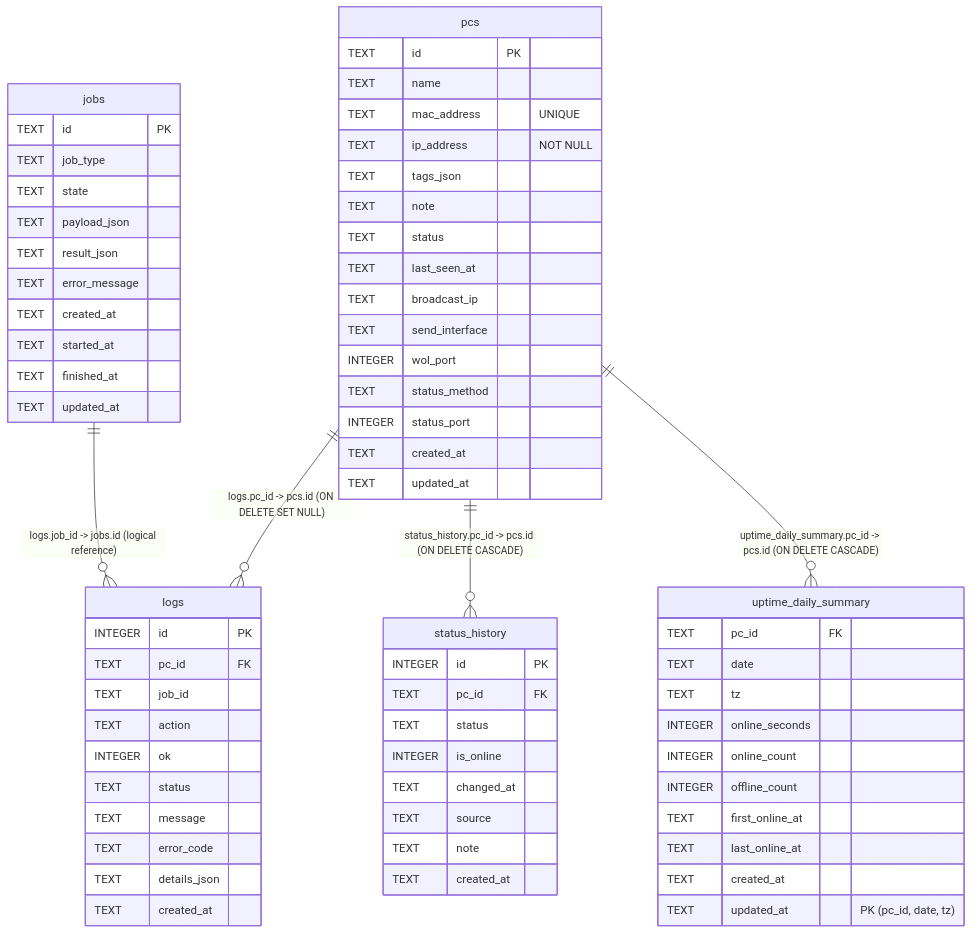
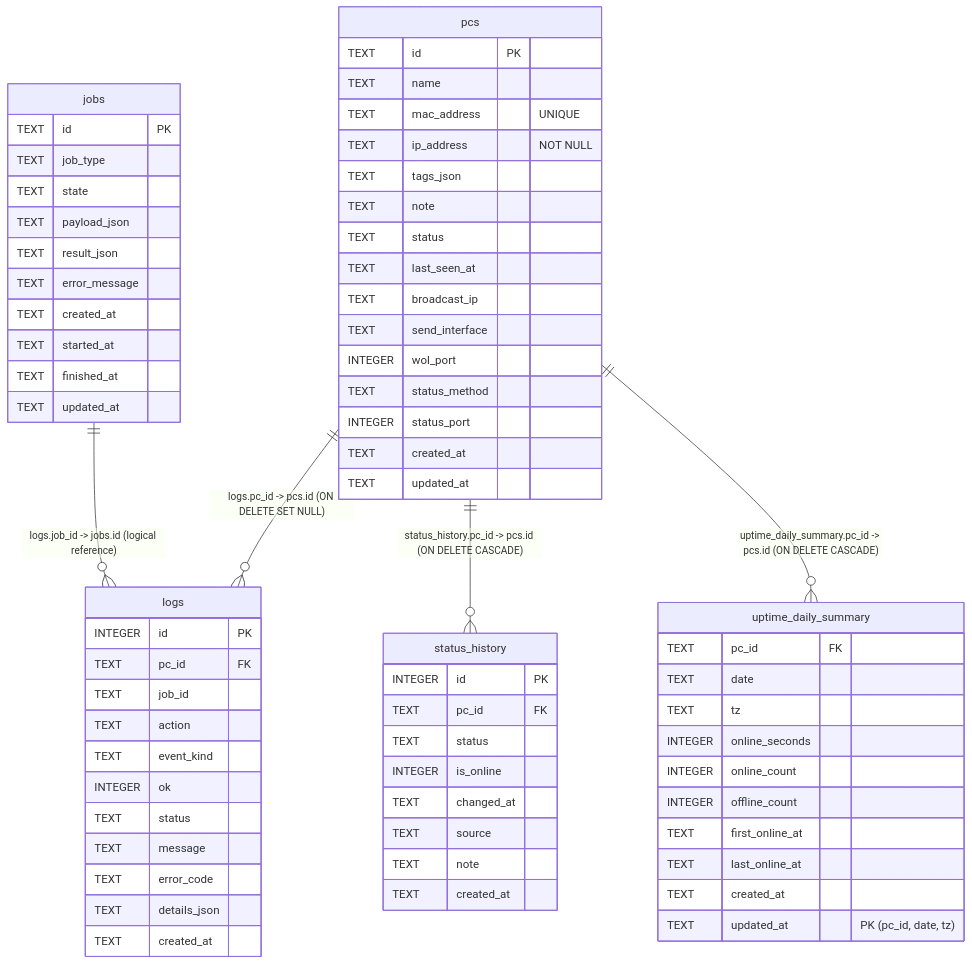
The diagram in docs/backend/db/er.md (htomoya16/raspi-vpn-wol), drawn with Mermaid before and after one commit. The commit also changed other lines of this file and 57 other files, not shown here.

````diff
--- a/docs/backend/db/er.md
+++ b/docs/backend/db/er.md
@@ -20,76 +21,77 @@
 ```mermaid
 erDiagram
     pcs {
         TEXT id PK
         TEXT name
         TEXT mac_address "UNIQUE"
         TEXT ip_address "NOT NULL"
         TEXT tags_json
         TEXT note
         TEXT status
         TEXT last_seen_at
         TEXT broadcast_ip
         TEXT send_interface
         INTEGER wol_port
         TEXT status_method
         INTEGER status_port
         TEXT created_at
         TEXT updated_at
     }
 
     status_history {
         INTEGER id PK
         TEXT pc_id FK
         TEXT status
         INTEGER is_online
         TEXT changed_at
         TEXT source
         TEXT note
         TEXT created_at
     }
 
     uptime_daily_summary {
         TEXT pc_id FK
         TEXT date
         TEXT tz
         INTEGER online_seconds
         INTEGER online_count
         INTEGER offline_count
         TEXT first_online_at
         TEXT last_online_at
         TEXT created_at
         TEXT updated_at
         "PK (pc_id, date, tz)"
     }
 
     logs {
         INTEGER id PK
         TEXT pc_id FK
         TEXT job_id
         TEXT action
+        TEXT event_kind
         INTEGER ok
         TEXT status
         TEXT message
         TEXT error_code
         TEXT details_json
         TEXT created_at
     }
 
     jobs {
         TEXT id PK
         TEXT job_type
         TEXT state
         TEXT payload_json
         TEXT result_json
         TEXT error_message
         TEXT created_at
         TEXT started_at
         TEXT finished_at
         TEXT updated_at
     }
 
     pcs ||--o{ logs : "logs.pc_id -> pcs.id (ON DELETE SET NULL)"
     jobs ||--o{ logs : "logs.job_id -> jobs.id (logical reference)"
     pcs ||--o{ status_history : "status_history.pc_id -> pcs.id (ON DELETE CASCADE)"
     pcs ||--o{ uptime_daily_summary : "uptime_daily_summary.pc_id -> pcs.id (ON DELETE CASCADE)"
 ```
````
